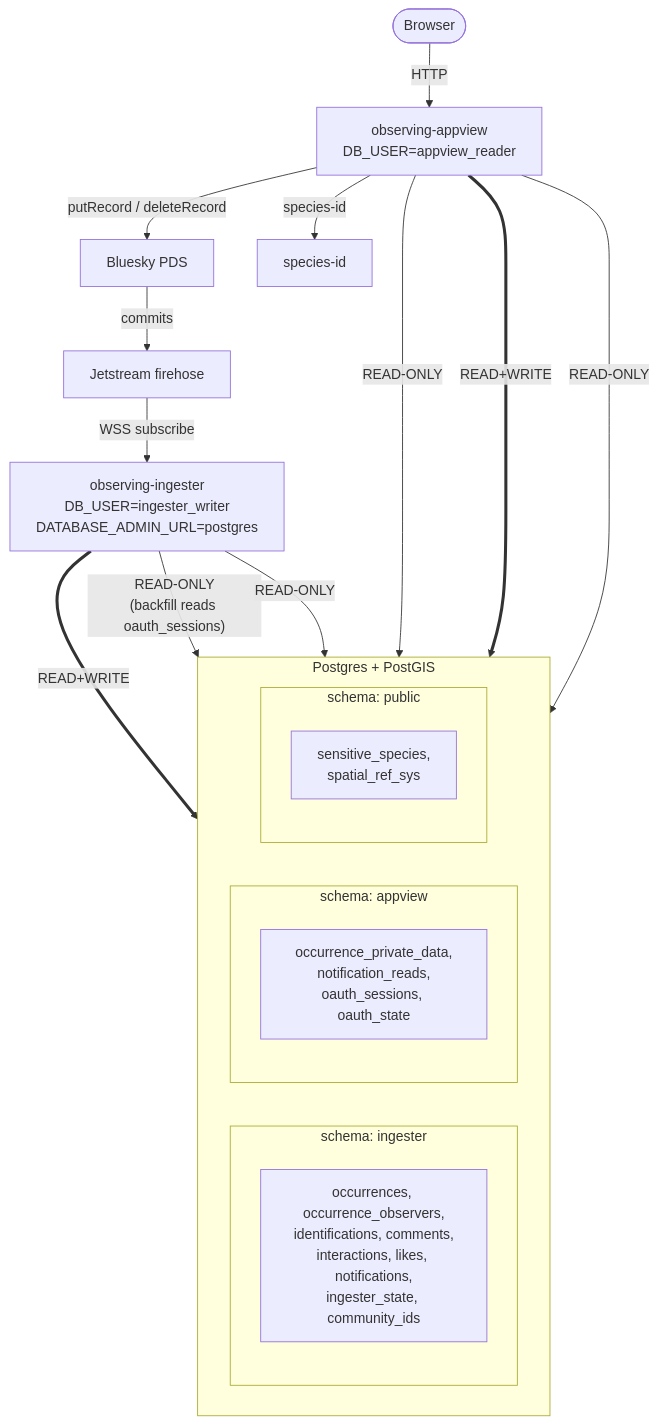
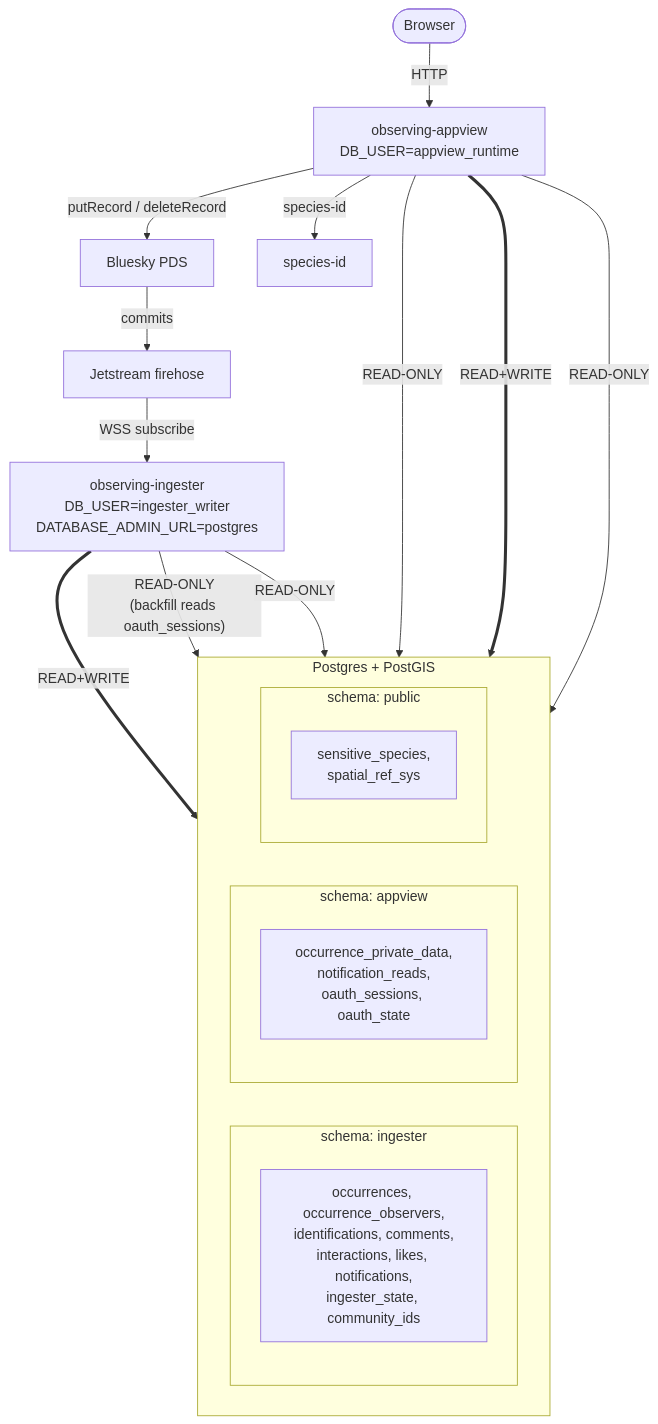
The diagram in docs/architecture.md (observ-ing/core), drawn with Mermaid before and after one commit. The commit also changed 2 other files, not shown here.

Commit message:
feat(db): rename appview_reader to appview_runtime
The name `appview_reader` predates #326, which added appview writes to
`appview.notification_reads`. The role is no longer read-only on the
appview schema — it's the appview's general runtime role — so rename it
to match the pattern used by `ingester_writer`.

- New migration does an idempotent ALTER ROLE RENAME (preserves password
  and all grants, no-ops on local/CI where the role doesn't exist).
- CI deploy order swapped to ingester-first so the rename migration
  runs before the new appview revision comes up with DB_USER=appview_runtime.
- docs/architecture.md updated to reflect the new role name.

````diff
--- a/docs/architecture.md
+++ b/docs/architecture.md
@@ -5,36 +5,36 @@
 ```mermaid
 flowchart TB
     User([Browser])
     PDS[Bluesky PDS]
     JS[Jetstream firehose]
-    AV[observing-appview<br/>DB_USER=appview_reader]
+    AV[observing-appview<br/>DB_USER=appview_runtime]
     IG[observing-ingester<br/>DB_USER=ingester_writer<br/>DATABASE_ADMIN_URL=postgres]
     SID[species-id]
 
     subgraph DB["Postgres + PostGIS"]
       direction LR
       subgraph ING["schema: ingester"]
         ING_TBL["occurrences, occurrence_observers,<br/>identifications, comments,<br/>interactions, likes, notifications,<br/>ingester_state, community_ids"]
       end
       subgraph APPV["schema: appview"]
         APPV_TBL["occurrence_private_data,<br/>notification_reads,<br/>oauth_sessions, oauth_state"]
       end
       subgraph PUB["schema: public"]
         PUB_TBL["sensitive_species,<br/>spatial_ref_sys"]
       end
     end
 
     User -- HTTP --> AV
     AV -- "putRecord / deleteRecord" --> PDS
     PDS -- commits --> JS
     JS -- "WSS subscribe" --> IG
     AV -- species-id --> SID
 
     IG == "READ+WRITE" ==> ING
     IG -- "READ-ONLY<br/>(backfill reads oauth_sessions)" --> APPV
     IG -- "READ-ONLY" --> PUB
 
     AV -- "READ-ONLY" --> ING
     AV == "READ+WRITE" ==> APPV
     AV -- "READ-ONLY" --> PUB
 ```
````
